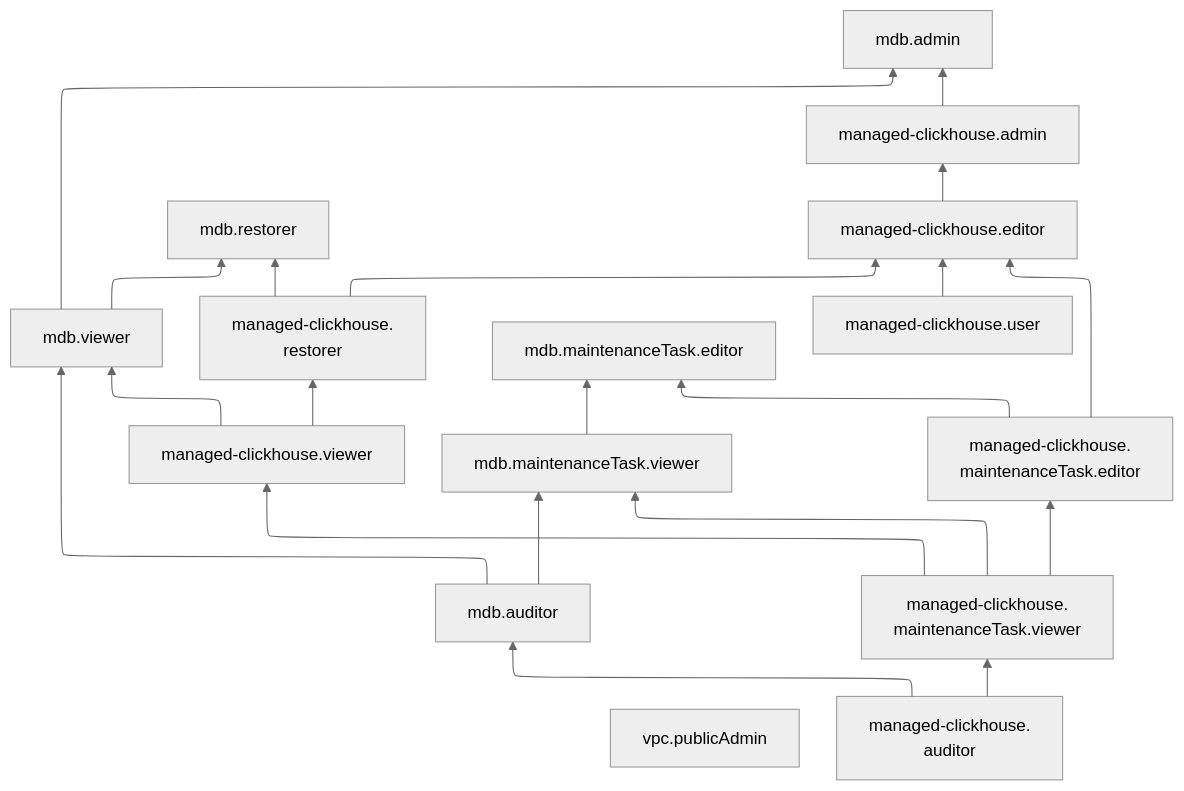
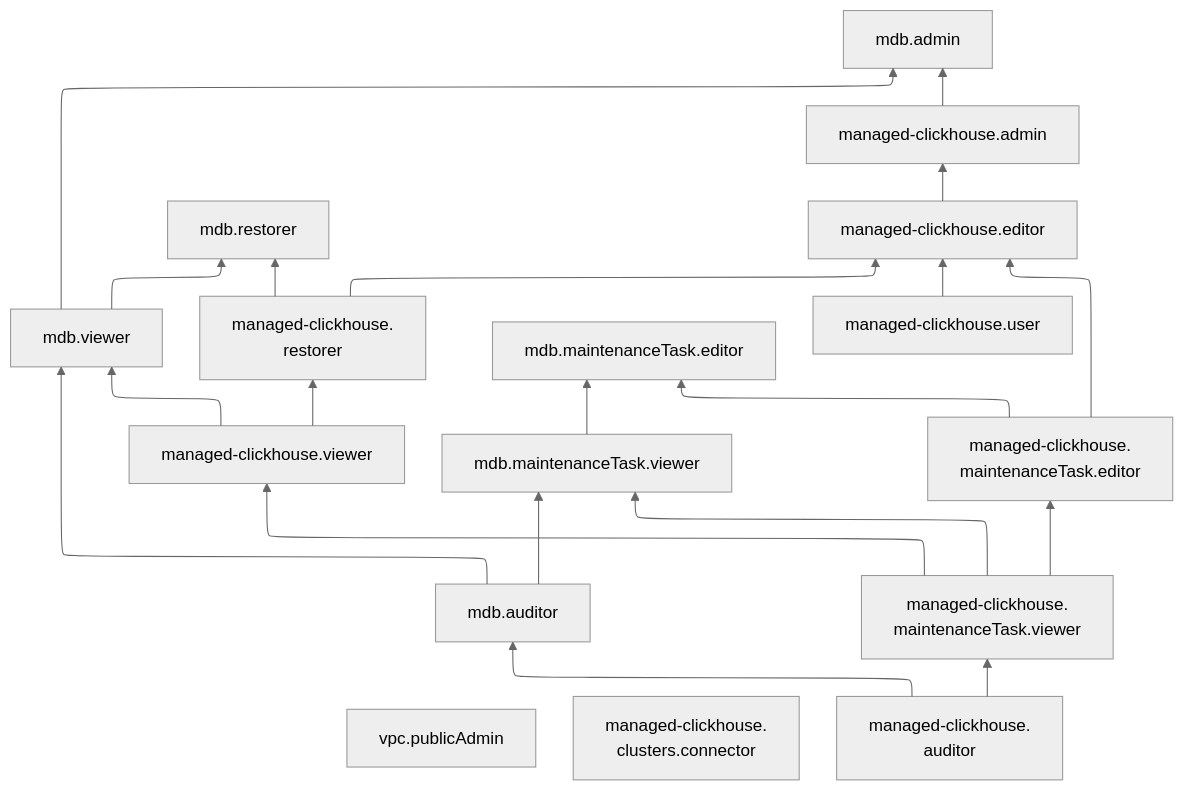
Before and after one commit to yandex-cloud/docs: the diagram in en/_mermaid/roles/managed-clickhouse.md, drawn with Mermaid (neutral theme). The commit also changed 489 other files, not shown here.

````diff
--- a/en/_mermaid/roles/managed-clickhouse.md
+++ b/en/_mermaid/roles/managed-clickhouse.md
@@ -1,28 +1,30 @@
 ```mermaid
 %%{init: {"flowchart": {'defaultRenderer': 'elk'}} }%%
 flowchart BT
     mdb.viewer --> mdb.admin
     mdb.viewer --> mdb.restorer
     vpc.publicAdmin
+    managed-clickhouse.clusters.connector["`managed-clickhouse.
+    clusters.connector`"]
     managed-clickhouse.admin --> mdb.admin
     managed-clickhouse.viewer --> managed-clickhouse.restorer
     managed-clickhouse.restorer["`managed-clickhouse.
     restorer`"] --> managed-clickhouse.editor
     mdb.auditor --> mdb.maintenanceTask.viewer
     mdb.maintenanceTask.viewer --> mdb.maintenanceTask.editor
     managed-clickhouse.maintenanceTask.viewer --> mdb.maintenanceTask.viewer
     managed-clickhouse.maintenanceTask.editor --> managed-clickhouse.editor
     managed-clickhouse.maintenanceTask.viewer --> managed-clickhouse.viewer
     managed-clickhouse.maintenanceTask.viewer --> managed-clickhouse.maintenanceTask.editor["`managed-clickhouse.
     maintenanceTask.editor`"]
     managed-clickhouse.maintenanceTask.editor --> mdb.maintenanceTask.editor
     managed-clickhouse.auditor --> managed-clickhouse.maintenanceTask.viewer["`managed-clickhouse.
     maintenanceTask.viewer`"]
     mdb.auditor --> mdb.viewer
     managed-clickhouse.viewer --> mdb.viewer
     managed-clickhouse.auditor["`managed-clickhouse.
     auditor`"] --> mdb.auditor
     managed-clickhouse.editor --> managed-clickhouse.admin
     managed-clickhouse.restorer --> mdb.restorer
     managed-clickhouse.user --> managed-clickhouse.editor
 ```
````
